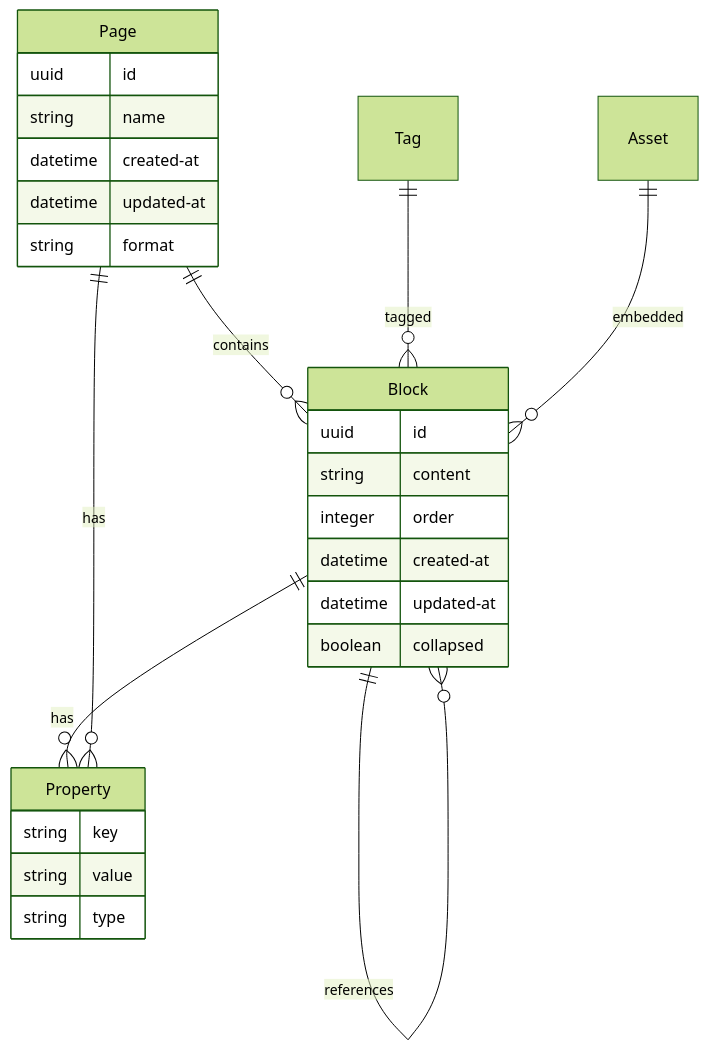
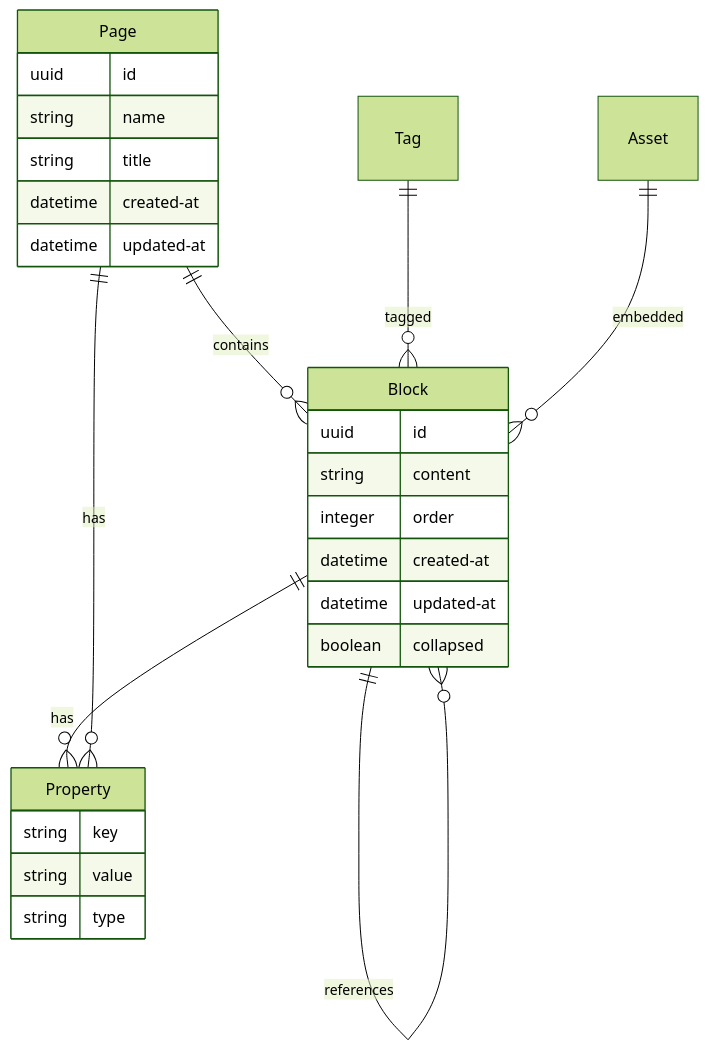
One commit to hdansou/logseq changed the first of 5 diagrams in dz/docs/02-architecture/data-architecture.md. Above: the diagram before and after it, drawn with Mermaid (forest theme). The commit also changed other lines of this file and 142 other files, not shown here.

````diff
--- a/dz/docs/02-architecture/data-architecture.md
+++ b/dz/docs/02-architecture/data-architecture.md
@@ -15,33 +17,33 @@
 ```mermaid
 erDiagram
     Page ||--o{ Block : contains
     Block ||--o{ Block : parent-child
     Block ||--o{ Block : references
     Block ||--o{ Property : has
     Page ||--o{ Property : has
     Tag ||--o{ Block : tagged
     Asset ||--o{ Block : embedded
 
     Page {
         uuid id
         string name
+        string title
         datetime created-at
         datetime updated-at
-        string format
     }
 
     Block {
         uuid id
         string content
         integer order
         datetime created-at
         datetime updated-at
         boolean collapsed
     }
 
     Property {
         string key
         string value
         string type
     }
 ```
````
